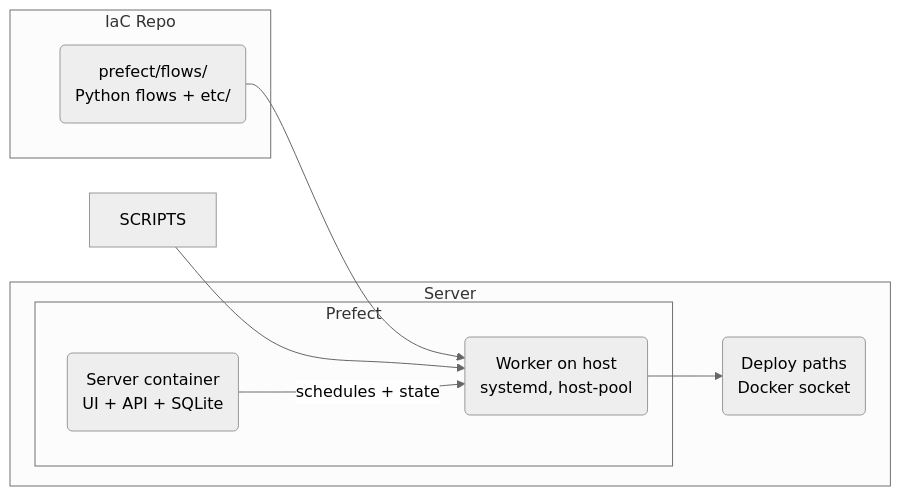
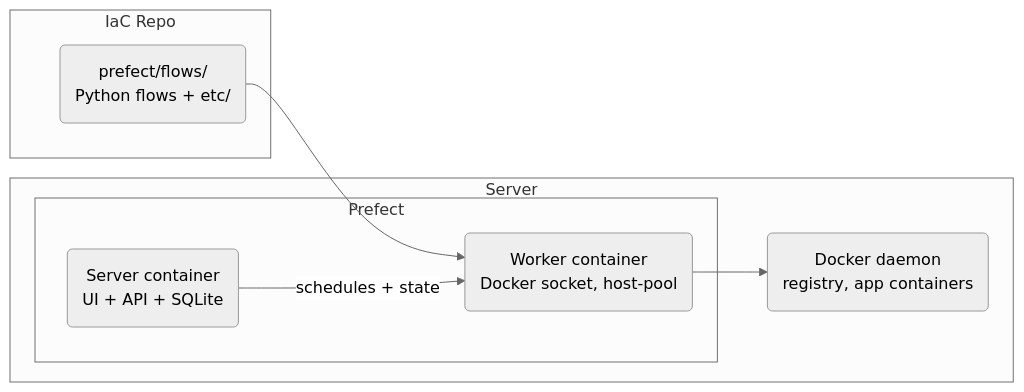
One commit to rednaw/iac changed the diagram in docs/workflows.md. Above: the diagram before and after it, drawn with Mermaid (neutral theme). The commit also changed other lines of this file and 10 other files, not shown here.

Commit message:
pure docker based worker plus prune job

````diff
--- a/docs/workflows.md
+++ b/docs/workflows.md
@@ -7,19 +7,18 @@
 ```mermaid
 flowchart LR
     subgraph REPO["IaC Repo"]
         FLOWS(prefect/flows/<br/>Python flows + etc/)
     end
 
     subgraph SERVER["Server"]
         subgraph PREFECT["Prefect"]
             PSERVER(Server container<br/>UI + API + SQLite)
-            PWORKER(Worker on host<br/>systemd, host-pool)
+            PWORKER(Worker container<br/>Docker socket, host-pool)
         end
-        DEPLOY(Deploy paths<br/>Docker socket)
+        DOCKER(Docker daemon<br/>registry, app containers)
     end
 
     FLOWS --> PWORKER
-    SCRIPTS --> PWORKER
-    PWORKER --> DEPLOY
+    PWORKER --> DOCKER
     PSERVER -->|schedules + state| PWORKER
 ```
````
